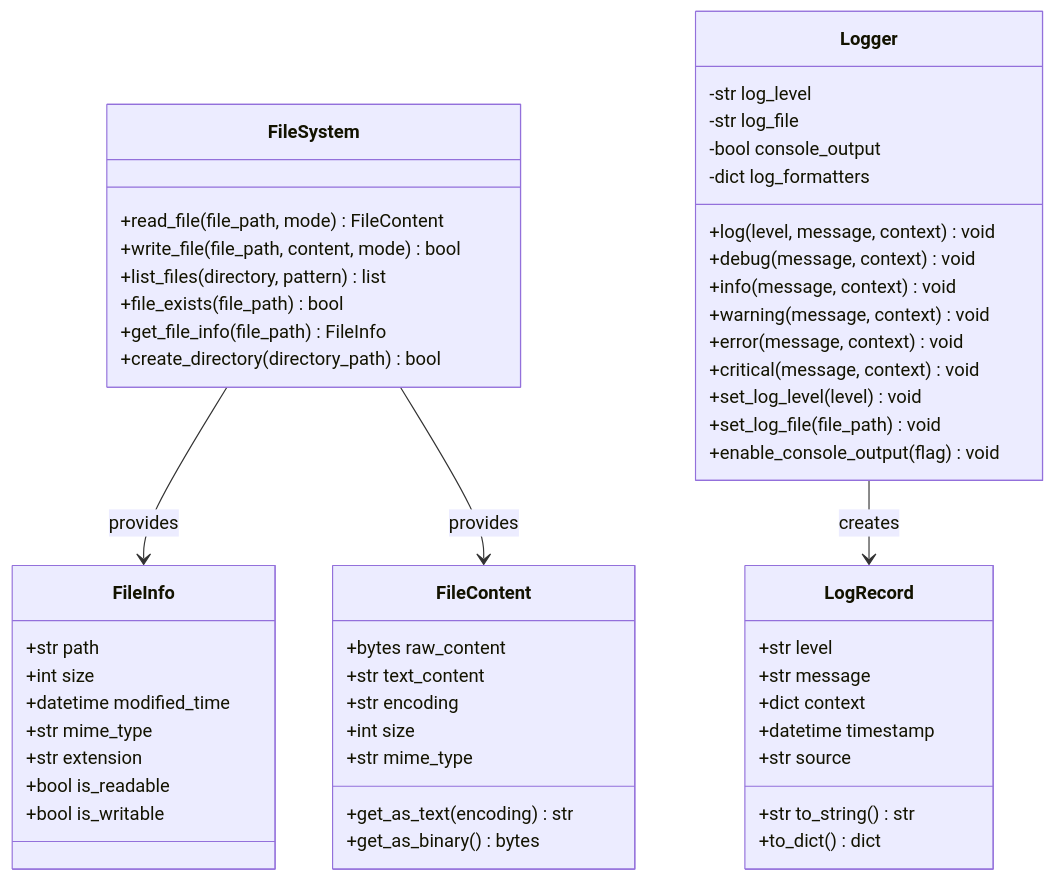
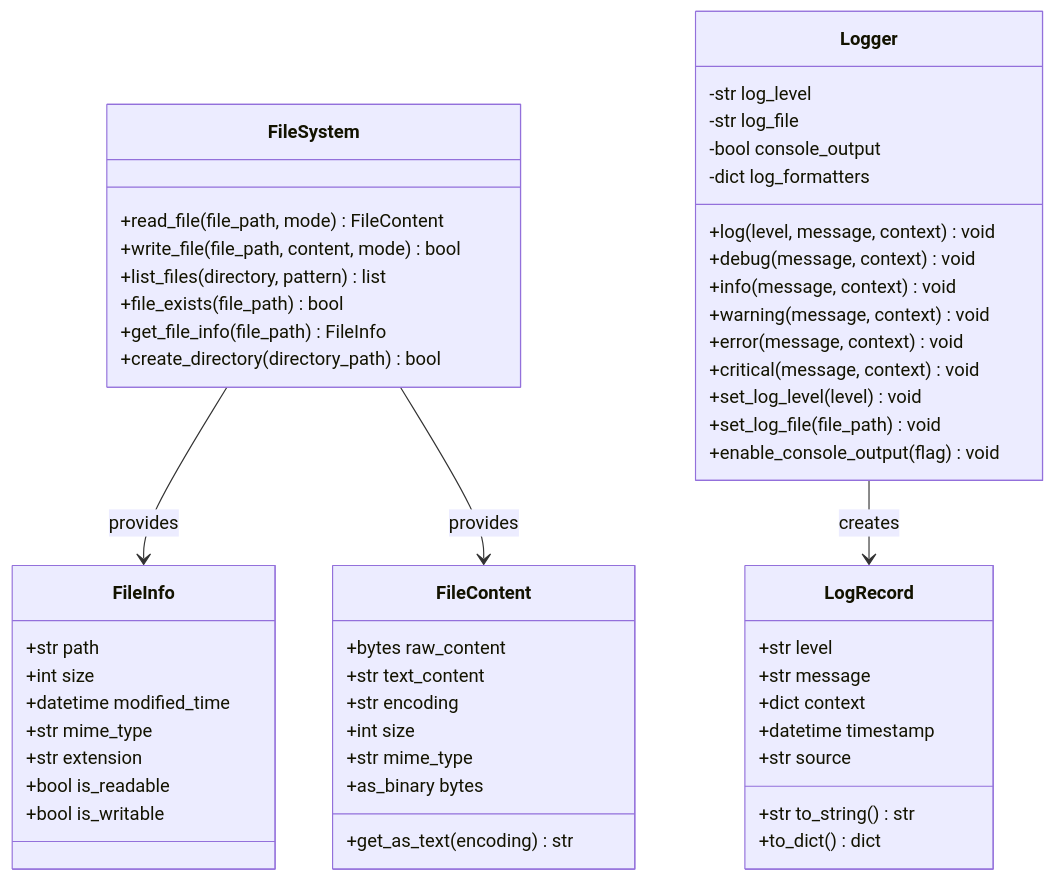
One commit to endomorphosis/omni_converter_mk2 changed the sixth of 6 diagrams in SAD.md. Above: the diagram before and after it, drawn with Mermaid. The commit also changed other lines of this file and 61 other files, not shown here.

````diff
--- a/SAD.md
+++ b/SAD.md
@@ -428,61 +428,61 @@
 ```mermaid
 classDiagram
     class FileSystem {
         +read_file(file_path, mode) FileContent
         +write_file(file_path, content, mode) bool
         +list_files(directory, pattern) list
         +file_exists(file_path) bool
         +get_file_info(file_path) FileInfo
         +create_directory(directory_path) bool
     }
 
     class Logger {
         -str log_level
         -str log_file
         -bool console_output
         -dict log_formatters
         +log(level, message, context) void
         +debug(message, context) void
         +info(message, context) void
         +warning(message, context) void
         +error(message, context) void
         +critical(message, context) void
         +set_log_level(level) void
         +set_log_file(file_path) void
         +enable_console_output(flag) void
     }
 
     class FileInfo {
         +str path
         +int size
         +datetime modified_time
         +str mime_type
         +str extension
         +bool is_readable
         +bool is_writable
     }
 
     class FileContent {
         +bytes raw_content
         +str text_content
         +str encoding
         +int size
         +str mime_type
         +get_as_text(encoding) str
-        +get_as_binary() bytes
+        +as_binary bytes
     }
 
     class LogRecord {
         +str level
         +str message
         +dict context
         +datetime timestamp
         +str source
         +str to_string() str
         +to_dict() dict
     }
 
     FileSystem --> FileInfo : provides
     FileSystem --> FileContent : provides
     Logger --> LogRecord : creates
 ```
````
